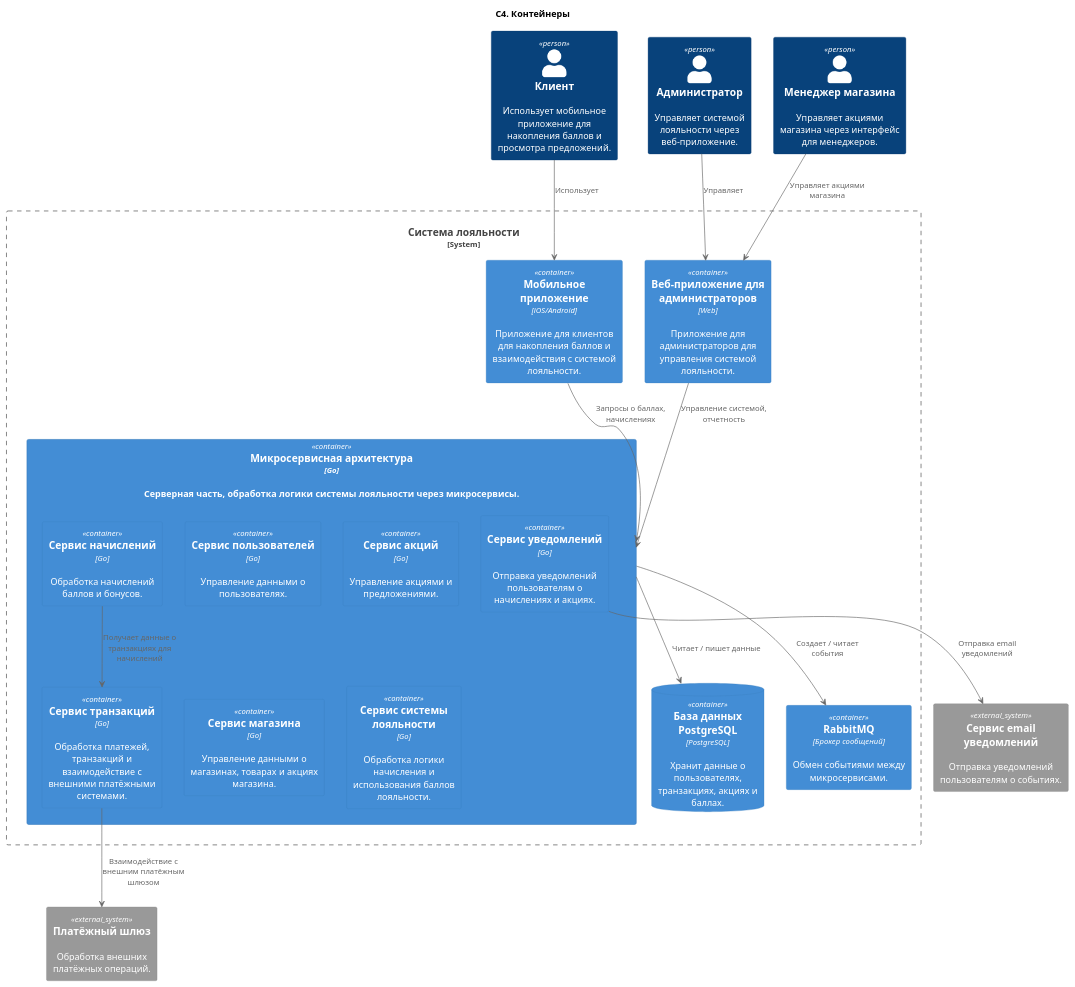
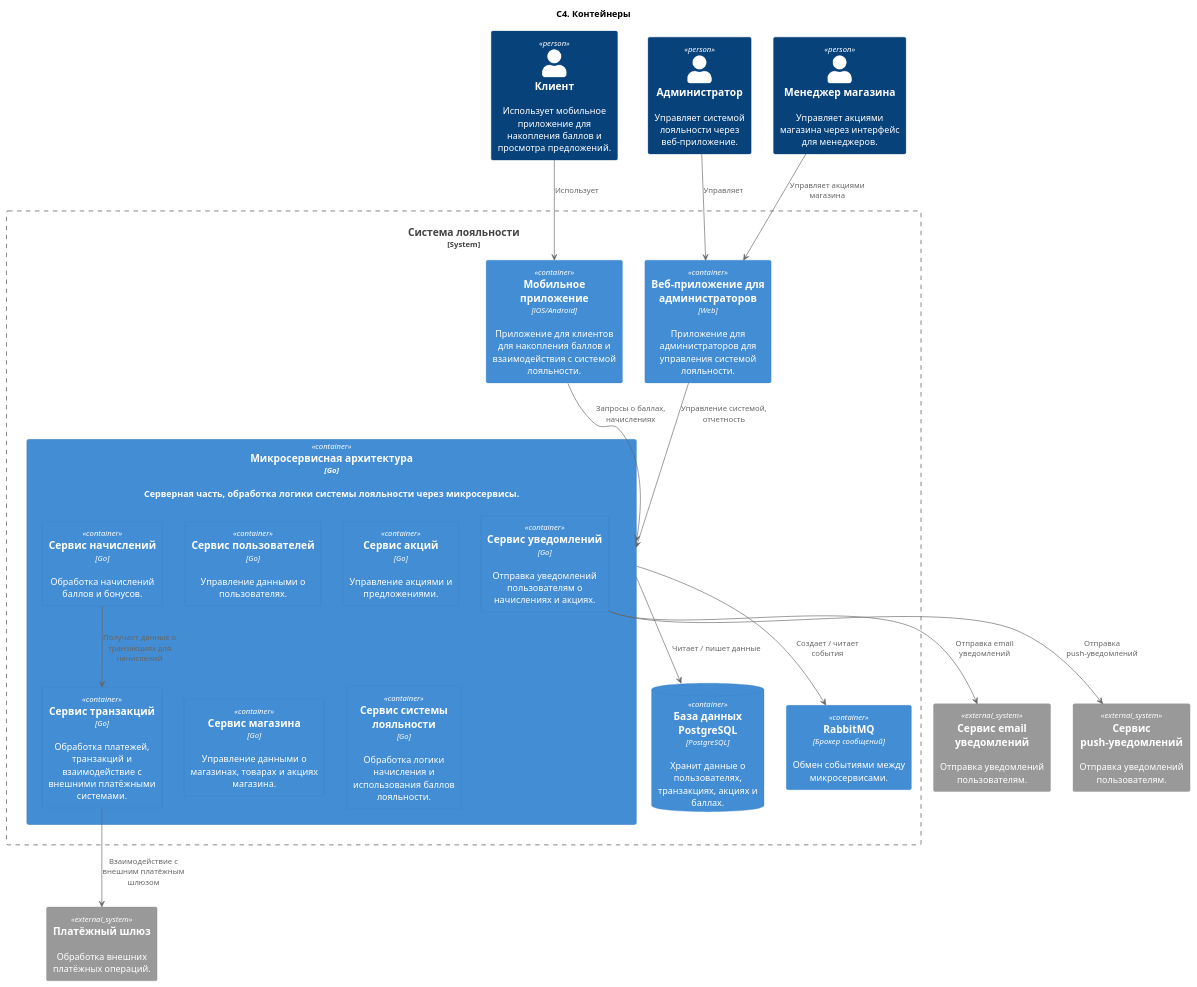
The diagram in 2. Технический проект/2_container.puml (rakuzzan/project-doc), drawn with PlantUML before and after one commit. The commit also changed 5 other files, not shown here.

Commit message:
поправил диаграммы, добавил картинки

```diff
--- a/2. Технический проект/2_container.puml
+++ b/2. Технический проект/2_container.puml
@@ -1,47 +1,49 @@
 @startuml
 title "C4. Контейнеры"
 
 !include <C4/C4_Container>
 
 Person(client, "Клиент", "Использует мобильное приложение для накопления баллов и просмотра предложений.")
 Person(admin, "Администратор", "Управляет системой лояльности через веб-приложение.")
 Person(manager, "Менеджер магазина", "Управляет акциями магазина через интерфейс для менеджеров.")
 
 System_Boundary(loyaltySystemBoundary, "Система лояльности") {
     Container(mobileApp, "Мобильное приложение", "iOS/Android", "Приложение для клиентов для накопления баллов и взаимодействия с системой лояльности.")
     Container(webApp, "Веб-приложение для администраторов", "Web", "Приложение для администраторов для управления системой лояльности.")
     
     Container(microservices, "Микросервисная архитектура", "Go", "Серверная часть, обработка логики системы лояльности через микросервисы.") {
         Container(userService, "Сервис пользователей", "Go", "Управление данными о пользователях.")
         Container(rewardService, "Сервис начислений", "Go", "Обработка начислений баллов и бонусов.")
         Container(campaignService, "Сервис акций", "Go", "Управление акциями и предложениями.")
         Container(transactionService, "Сервис транзакций", "Go", "Обработка платежей, транзакций и взаимодействие с внешними платёжными системами.")
         Container(notificationService, "Сервис уведомлений", "Go", "Отправка уведомлений пользователям о начислениях и акциях.")
         Container(storeService, "Сервис магазина", "Go", "Управление данными о магазинах, товарах и акциях магазина.")
         Container(loyaltySystemService, "Сервис системы лояльности", "Go", "Обработка логики начисления и использования баллов лояльности.")
     }
     
     ContainerDb(database, "База данных PostgreSQL", "PostgreSQL", "Хранит данные о пользователях, транзакциях, акциях и баллах.")
     
     Container(messageBroker, "RabbitMQ", "Брокер сообщений", "Обмен событиями между микросервисами.")
 }
 
 System_Ext(externalPaymentGateway, "Платёжный шлюз", "Обработка внешних платёжных операций.")
-System_Ext(externalEmailService, "Сервис email уведомлений", "Отправка уведомлений пользователям о событиях.")
+System_Ext(externalEmailService, "Сервис email уведомлений", "Отправка уведомлений пользователям.")
+System_Ext(externalPushService, "Сервис push-уведомлений", "Отправка уведомлений пользователям.")
 
 client --> mobileApp : Использует
 admin --> webApp : Управляет
 manager --> webApp : Управляет акциями магазина
 
 mobileApp --> microservices : Запросы о баллах, начислениях
 webApp --> microservices : Управление системой, отчетность
 microservices --> database : Читает / пишет данные
 
 transactionService --> externalPaymentGateway : Взаимодействие с внешним платёжным шлюзом
 notificationService --> externalEmailService : Отправка email уведомлений
+notificationService --> externalPushService : Отправка push-уведомлений
 
 rewardService --> transactionService : Получает данные о транзакциях для начислений
 
 microservices --> messageBroker : Создает / читает события
 
 @enduml
```
